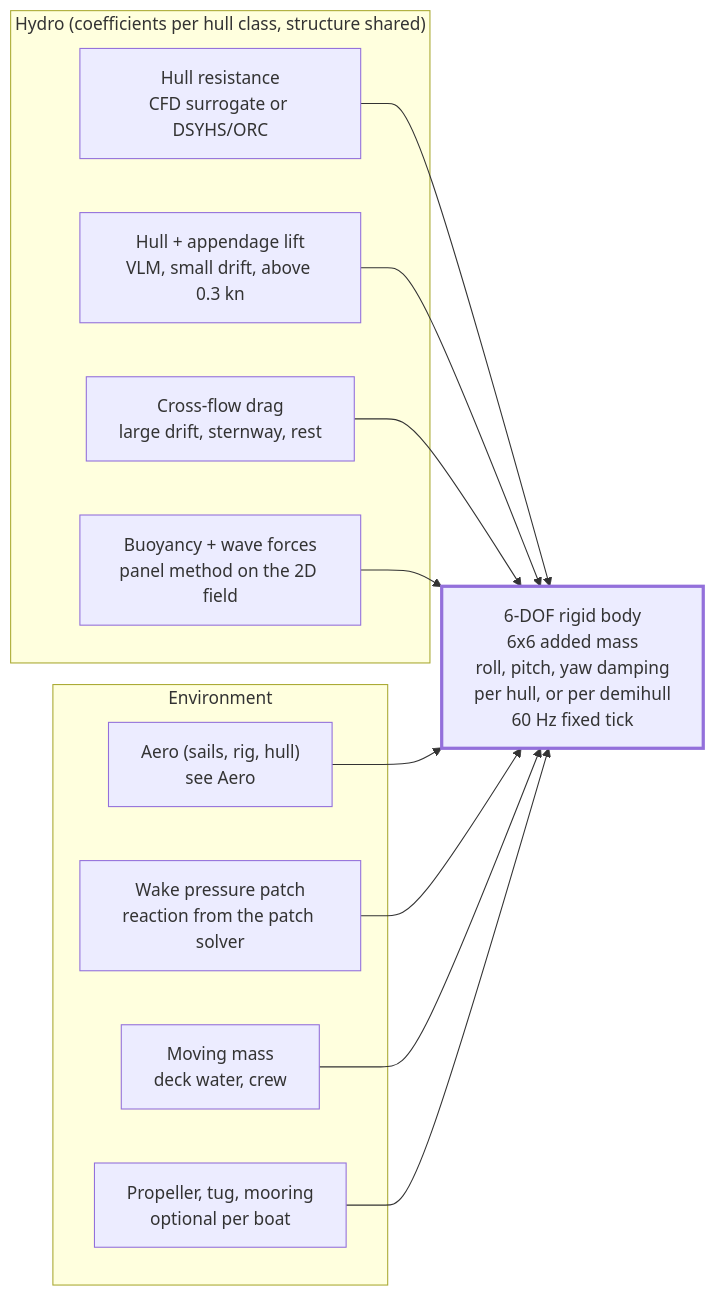
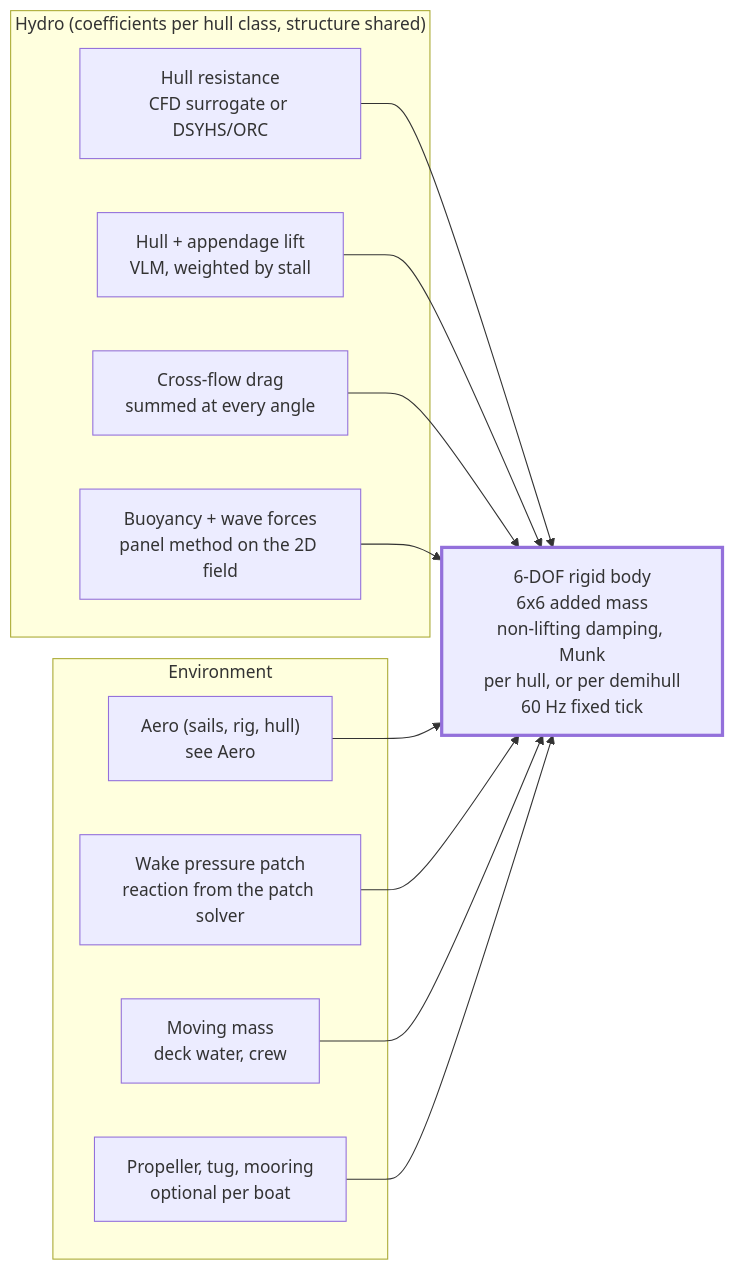
The diagram in docs/intention/02-hull.md (nipatiitti/luovi), drawn with Mermaid before and after one commit. The commit also changed other lines of this file and 7 other files, not shown here.

````diff
--- a/docs/intention/02-hull.md
+++ b/docs/intention/02-hull.md
@@ -13,25 +13,25 @@
 ```mermaid
 flowchart LR
     subgraph hydro["Hydro (coefficients per hull class, structure shared)"]
         res["Hull resistance<br/>CFD surrogate or DSYHS/ORC"]
-        lift["Hull + appendage lift<br/>VLM, small drift, above 0.3 kn"]
-        cf["Cross-flow drag<br/>large drift, sternway, rest"]
+        lift["Hull + appendage lift<br/>VLM, weighted by stall"]
+        cf["Cross-flow drag<br/>summed at every angle"]
         wave["Buoyancy + wave forces<br/>panel method on the 2D field"]
     end
-    rb["6-DOF rigid body<br/>6x6 added mass<br/>roll, pitch, yaw damping<br/>per hull, or per demihull<br/>60 Hz fixed tick"]
+    rb["6-DOF rigid body<br/>6x6 added mass<br/>non-lifting damping, Munk<br/>per hull, or per demihull<br/>60 Hz fixed tick"]
     subgraph env["Environment"]
         aero["Aero (sails, rig, hull)<br/>see Aero"]
         wake["Wake pressure patch<br/>reaction from the patch solver"]
         mass["Moving mass<br/>deck water, crew"]
         prop["Propeller, tug, mooring<br/>optional per boat"]
     end
     res --> rb
     lift --> rb
     cf --> rb
     wave --> rb
     aero --> rb
     wake --> rb
     mass --> rb
     prop --> rb
     style rb stroke-width:3px
 ```
````
